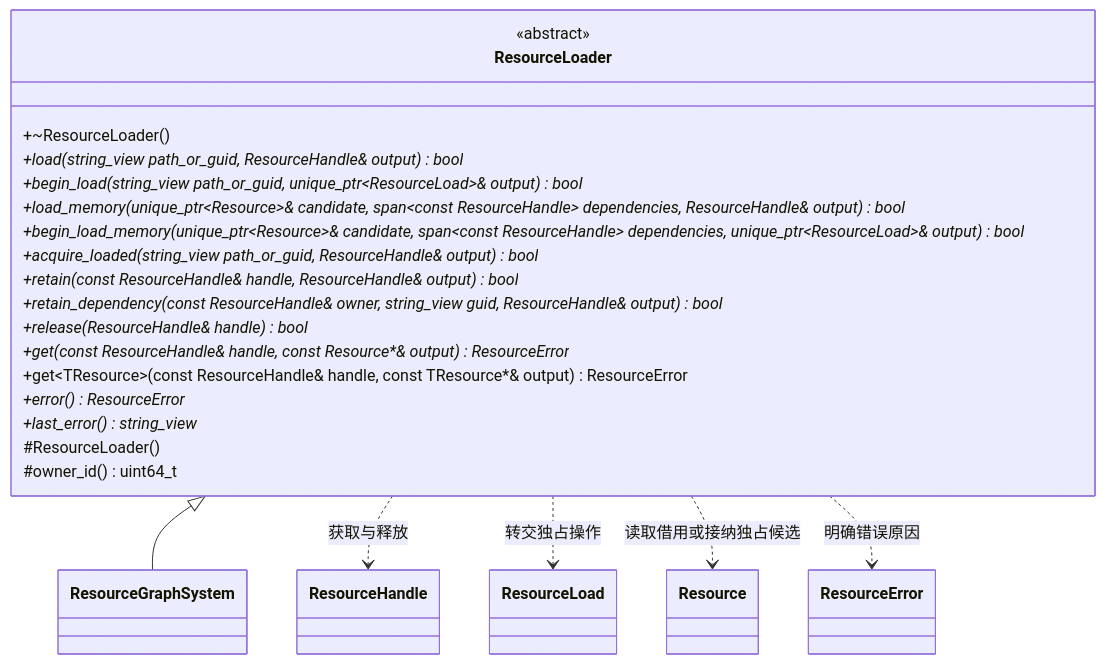
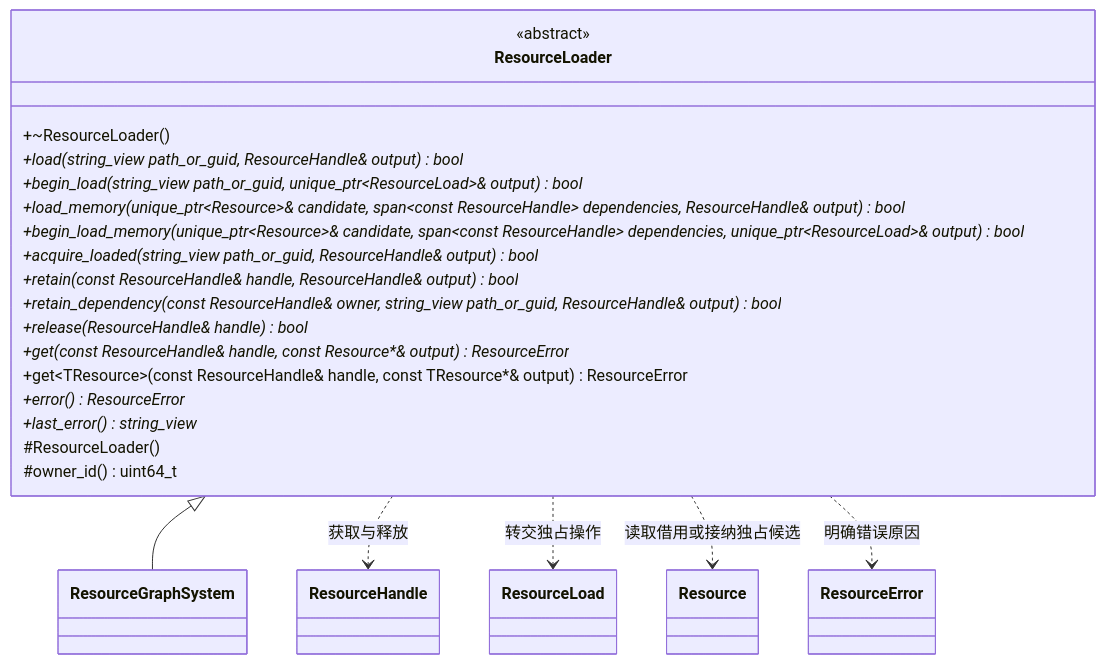
The first of 5 diagrams in docs/runtime/class-diagrams/resource-loader.md (lcals/Engine), drawn with Mermaid before and after one commit. The commit also changed other lines of this file and 119 other files, not shown here.

````diff
--- a/docs/runtime/class-diagrams/resource-loader.md
+++ b/docs/runtime/class-diagrams/resource-loader.md
@@ -9,31 +11,31 @@
 ```mermaid
 classDiagram
     class ResourceLoader {
         <<abstract>>
         +~ResourceLoader()
         +load(string_view path_or_guid, ResourceHandle& output) bool*
         +begin_load(string_view path_or_guid, unique_ptr~ResourceLoad~& output) bool*
         +load_memory(unique_ptr~Resource~& candidate, span~const ResourceHandle~ dependencies, ResourceHandle& output) bool*
         +begin_load_memory(unique_ptr~Resource~& candidate, span~const ResourceHandle~ dependencies, unique_ptr~ResourceLoad~& output) bool*
         +acquire_loaded(string_view path_or_guid, ResourceHandle& output) bool*
         +retain(const ResourceHandle& handle, ResourceHandle& output) bool*
-        +retain_dependency(const ResourceHandle& owner, string_view guid, ResourceHandle& output) bool*
+        +retain_dependency(const ResourceHandle& owner, string_view path_or_guid, ResourceHandle& output) bool*
         +release(ResourceHandle& handle) bool*
         +get(const ResourceHandle& handle, const Resource*& output) ResourceError*
         +get~TResource~(const ResourceHandle& handle, const TResource*& output) ResourceError
         +error() ResourceError*
         +last_error() string_view*
         #ResourceLoader()
         #owner_id() uint64_t
     }
     class ResourceGraphSystem
     class ResourceHandle
     class ResourceLoad
     class Resource
     class ResourceError
     ResourceLoader <|-- ResourceGraphSystem
     ResourceLoader ..> ResourceHandle : 获取与释放
     ResourceLoader ..> ResourceLoad : 转交独占操作
     ResourceLoader ..> Resource : 读取借用或接纳独占候选
     ResourceLoader ..> ResourceError : 明确错误原因
 ```
````
